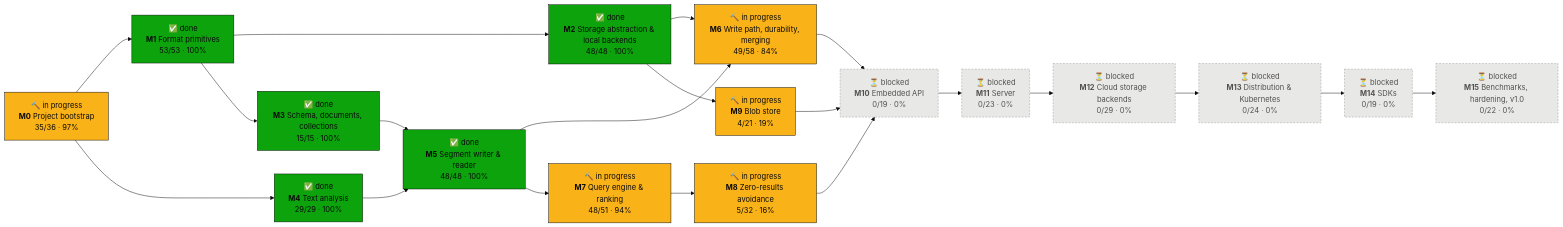
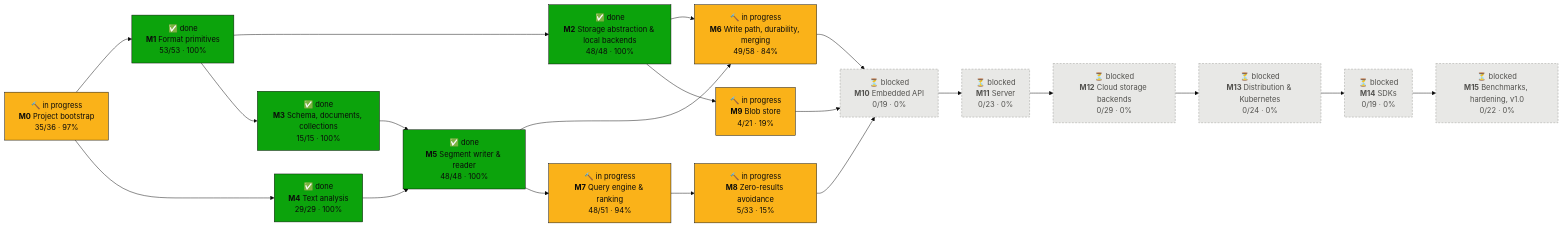
The first of 2 diagrams in PROGRESS.md (tomiok/persiaDB), drawn with Mermaid (base theme) before and after one commit. The commit also changed other lines of this file and 12 other files, not shown here.

First line of the commit message:
feat(engine): relaxed queries within QueryLimits (ROADMAP 8.1.8)

````diff
--- a/PROGRESS.md
+++ b/PROGRESS.md
@@ -16,42 +16,42 @@
 ```mermaid
 flowchart LR
   M0["🔨 in progress<br/><b>M0</b> Project bootstrap<br/>35/36 · 97%"]:::doing
   M1["✅ done<br/><b>M1</b> Format primitives<br/>53/53 · 100%"]:::done
   M2["✅ done<br/><b>M2</b> Storage abstraction & local backends<br/>48/48 · 100%"]:::done
   M3["✅ done<br/><b>M3</b> Schema, documents, collections<br/>15/15 · 100%"]:::done
   M4["✅ done<br/><b>M4</b> Text analysis<br/>29/29 · 100%"]:::done
   M5["✅ done<br/><b>M5</b> Segment writer & reader<br/>48/48 · 100%"]:::done
   M6["🔨 in progress<br/><b>M6</b> Write path, durability, merging<br/>49/58 · 84%"]:::doing
   M7["🔨 in progress<br/><b>M7</b> Query engine & ranking<br/>48/51 · 94%"]:::doing
-  M8["🔨 in progress<br/><b>M8</b> Zero-results avoidance<br/>5/32 · 16%"]:::doing
+  M8["🔨 in progress<br/><b>M8</b> Zero-results avoidance<br/>5/33 · 15%"]:::doing
   M9["🔨 in progress<br/><b>M9</b> Blob store<br/>4/21 · 19%"]:::doing
   M10["⏳ blocked<br/><b>M10</b> Embedded API<br/>0/19 · 0%"]:::blocked
   M11["⏳ blocked<br/><b>M11</b> Server<br/>0/23 · 0%"]:::blocked
   M12["⏳ blocked<br/><b>M12</b> Cloud storage backends<br/>0/29 · 0%"]:::blocked
   M13["⏳ blocked<br/><b>M13</b> Distribution & Kubernetes<br/>0/24 · 0%"]:::blocked
   M14["⏳ blocked<br/><b>M14</b> SDKs<br/>0/19 · 0%"]:::blocked
   M15["⏳ blocked<br/><b>M15</b> Benchmarks, hardening, v1.0<br/>0/22 · 0%"]:::blocked
   M0 --> M1
   M1 --> M2
   M1 --> M3
   M0 --> M4
   M3 --> M5
   M4 --> M5
   M2 --> M6
   M5 --> M6
   M5 --> M7
   M7 --> M8
   M2 --> M9
   M6 --> M10
   M8 --> M10
   M9 --> M10
   M10 --> M11
   M11 --> M12
   M12 --> M13
   M13 --> M14
   M14 --> M15
   classDef done fill:#0ca30c,stroke:#0b0b0b,color:#0b0b0b
   classDef doing fill:#fab219,stroke:#0b0b0b,color:#0b0b0b
   classDef ready fill:#fcfcfb,stroke:#0b0b0b,stroke-width:2px,color:#0b0b0b
   classDef blocked fill:#e8e8e6,stroke:#9a9a96,stroke-dasharray:4 3,color:#52514e
 ```
````
